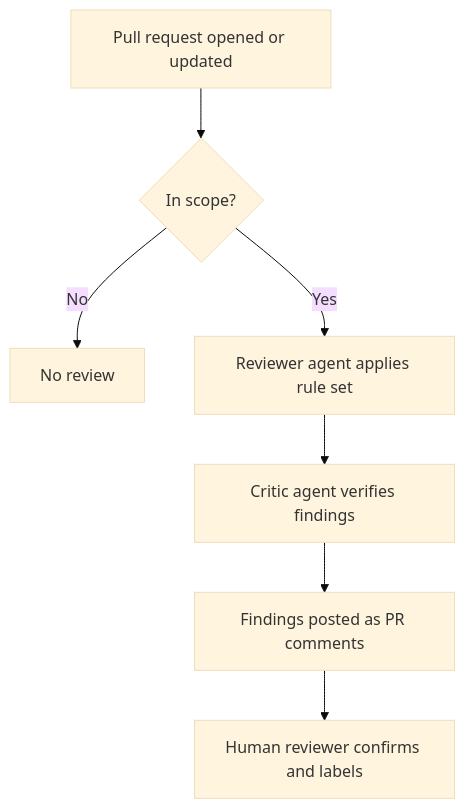
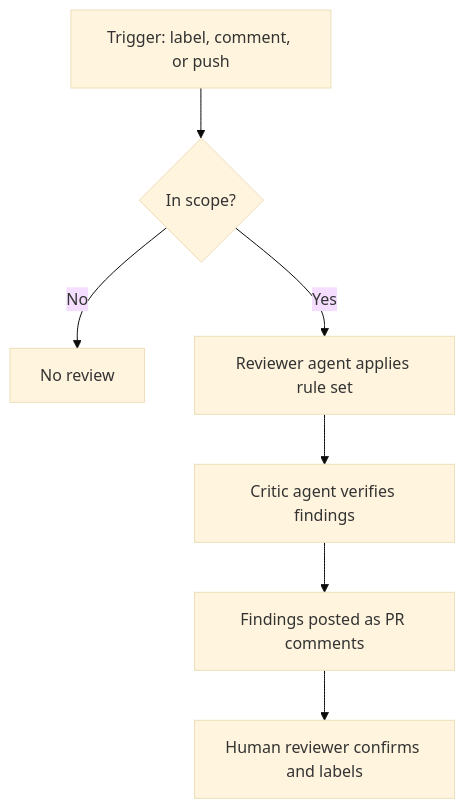
Before and after one commit to Azure/azure-rest-api-specs: the first of 2 diagrams in documentation/arm-api-reviewer-insights.md, drawn with Mermaid (base theme). The commit also changed other lines of this file, not shown here.

````diff
--- a/documentation/arm-api-reviewer-insights.md
+++ b/documentation/arm-api-reviewer-insights.md
@@ -58,9 +58,9 @@
 ```mermaid
 graph TD
-    A["Pull request opened or updated"] --> B{"In scope?"}
+    A["Trigger: label, comment, or push"] --> B{"In scope?"}
     B -->|No| Z["No review"]
     B -->|Yes| C["Reviewer agent applies rule set"]
     C --> D["Critic agent verifies findings"]
     D --> E["Findings posted as PR comments"]
     E --> F["Human reviewer confirms and labels"]
 ```
````
